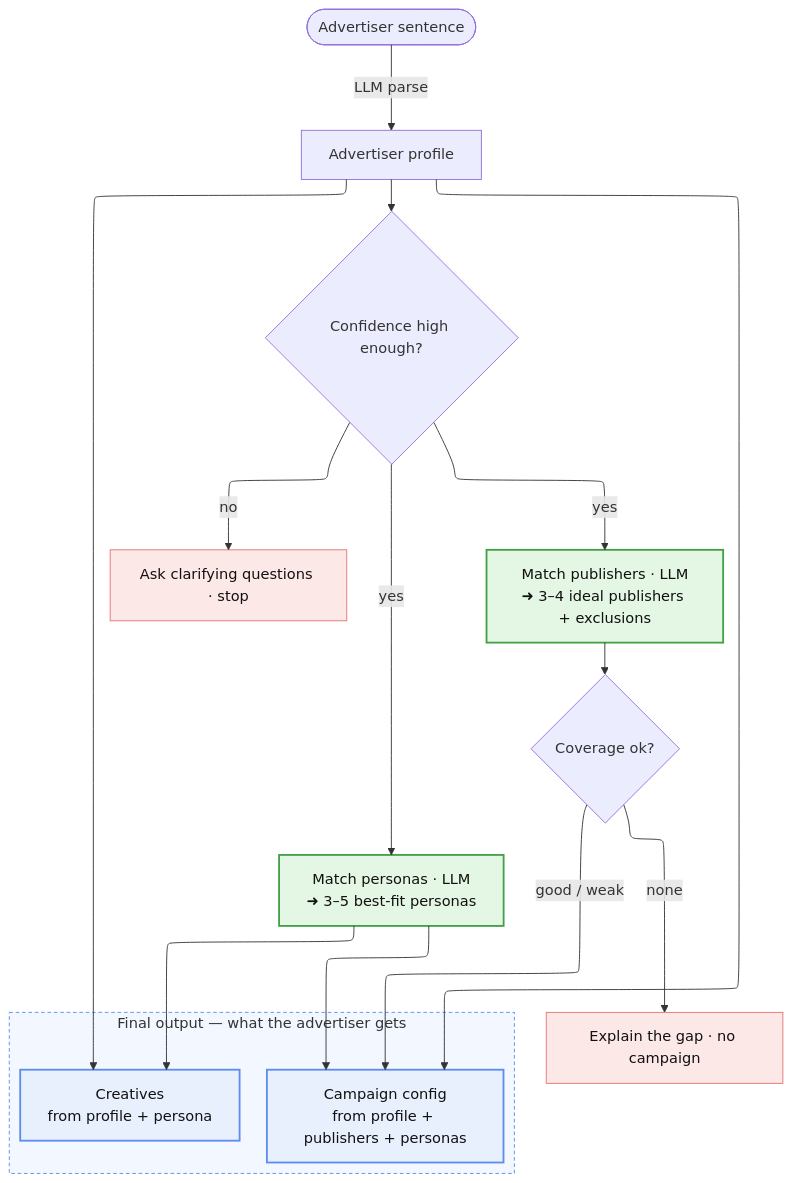
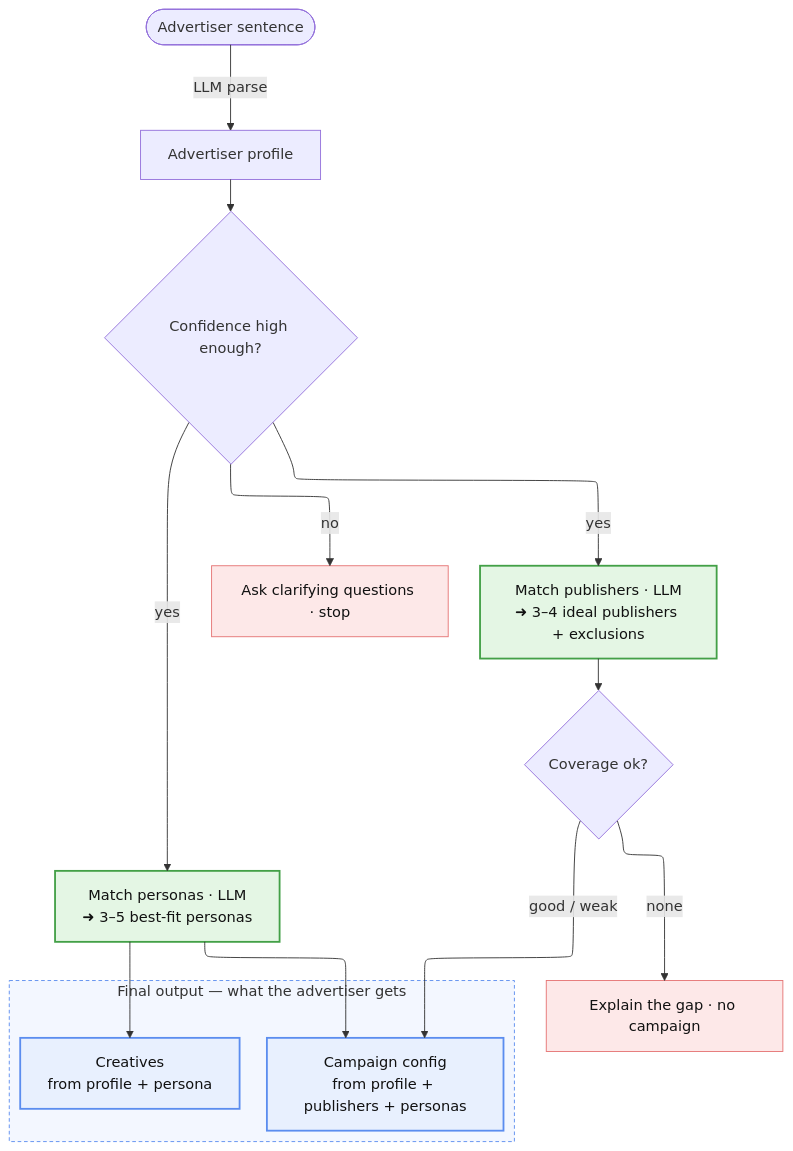
One commit to nahatadhananjay33-svg/disco-campaign-ai changed the diagram in README.md. Above: the diagram before and after it, drawn with Mermaid.

Commit message:
docs: simplify how-it-works diagram, remove crossing arrows
Drop the profile-to-output arrows (profile input is already named inside each output box) and reorder so Campaign config sits under Coverage and Creatives under Personas — no arrows cross.

Claude-Session: https://claude.ai/code/session_018WnTtXMHiQ5J97ZJmDsKtt

````diff
--- a/README.md
+++ b/README.md
@@ -31,29 +31,27 @@
 ```mermaid
 %%{init: {"flowchart": {"defaultRenderer": "elk"}}}%%
 flowchart TD
     A([Advertiser sentence]) -->|LLM parse| B[Advertiser profile]
     B --> C{Confidence high enough?}
     C -->|no| STOP[Ask clarifying questions · stop]
     C -->|yes| PUB["Match publishers · LLM<br/>➜ 3–4 ideal publishers + exclusions"]
     C -->|yes| PER["Match personas · LLM<br/>➜ 3–5 best-fit personas"]
     PUB --> COV{Coverage ok?}
     COV -->|none| GAP[Explain the gap · no campaign]
-    B --> CRE
-    PER --> CRE
     COV -->|good / weak| CFG
     PER --> CFG
-    B --> CFG
+    PER --> CRE
 
     subgraph OUT ["Final output — what the advertiser gets"]
+      CFG["Campaign config<br/>from profile + publishers + personas"]
       CRE["Creatives<br/>from profile + persona"]
-      CFG["Campaign config<br/>from profile + publishers + personas"]
     end
 
     classDef stop fill:#fde8e8,stroke:#e57373,color:#111;
     classDef out fill:#e8f0fe,stroke:#5b8def,color:#111,stroke-width:2px;
     classDef win fill:#e4f6e4,stroke:#43a047,stroke-width:2px,color:#111;
     class STOP,GAP stop
     class CRE,CFG out
     class PUB,PER win
     style OUT fill:#f3f7ff,stroke:#5b8def,stroke-dasharray:4 3
 ```
````
